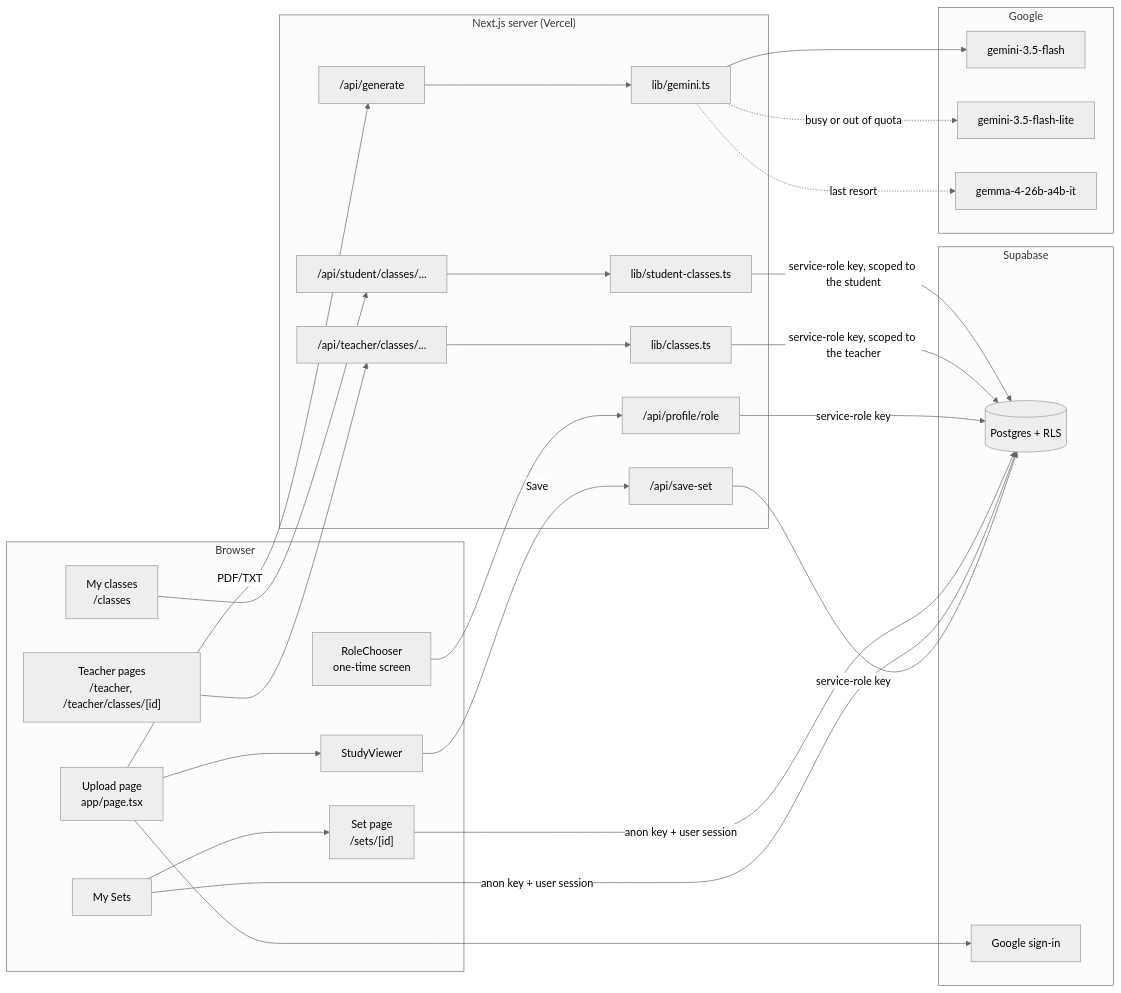
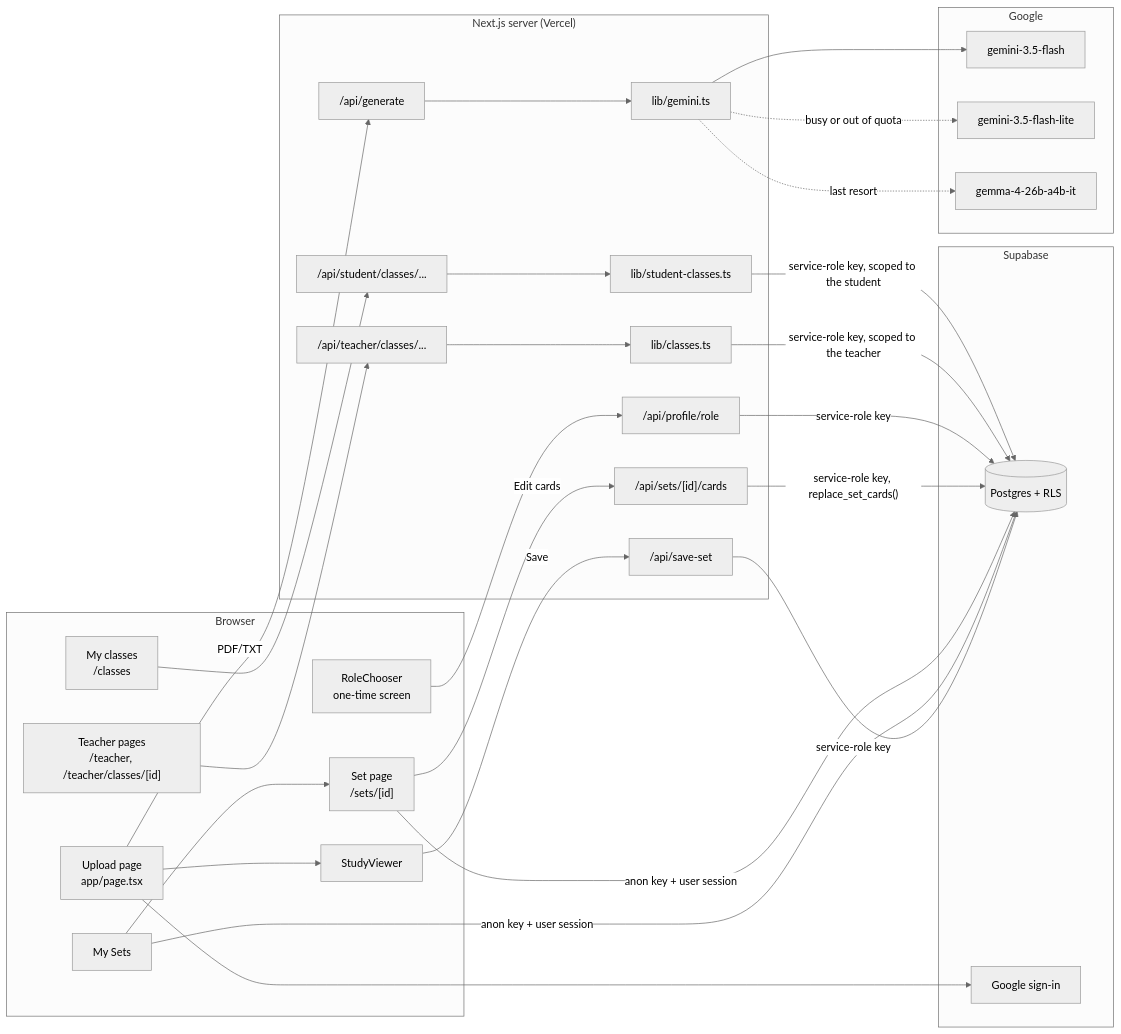
One commit to GABRIEL-CSTND/FlashForge changed the diagram in docs/ARCHITECTURE.md. Above: the diagram before and after it, drawn with Mermaid (neutral theme). The commit also changed other lines of this file and 18 other files, not shown here.

````diff
--- a/docs/ARCHITECTURE.md
+++ b/docs/ARCHITECTURE.md
@@ -8,36 +8,38 @@
 ```mermaid
 flowchart LR
   subgraph Browser
     U[Upload page<br/>app/page.tsx] --> SV[StudyViewer]
     MS[My Sets] --> SP["Set page<br/>/sets/[id]"]
     RC[RoleChooser<br/>one-time screen]
     T["Teacher pages<br/>/teacher, /teacher/classes/[id]"]
     MC["My classes<br/>/classes"]
   end
   subgraph "Next.js server (Vercel)"
     G["/api/generate"] --> AI[lib/gemini.ts]
     S["/api/save-set"]
+    EC["/api/sets/[id]/cards"]
     R["/api/profile/role"]
     TC["/api/teacher/classes/..."] --> CL[lib/classes.ts]
     SC["/api/student/classes/..."] --> SCL[lib/student-classes.ts]
   end
   subgraph Google
     AI --> M1[gemini-3.5-flash]
     AI -.->|busy or out of quota| M2[gemini-3.5-flash-lite]
     AI -.->|last resort| M3[gemma-4-26b-a4b-it]
   end
   subgraph Supabase
     DB[(Postgres + RLS)]
     AUTH[Google sign-in]
   end
   U -->|PDF/TXT| G
   SV -->|Save| S -->|service-role key| DB
   MS -->|anon key + user session| DB
   SP -->|anon key + user session| DB
+  SP -->|Edit cards| EC -->|"service-role key, replace_set_cards()"| DB
   U --> AUTH
   RC --> R -->|service-role key| DB
   T --> TC
   CL -->|service-role key, scoped to the teacher| DB
   MC --> SC
   SCL -->|service-role key, scoped to the student| DB
 ```
````
